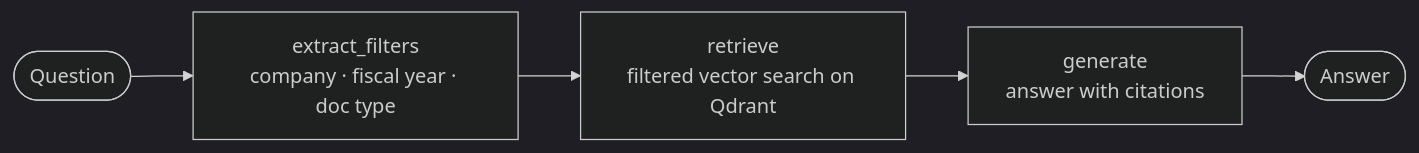
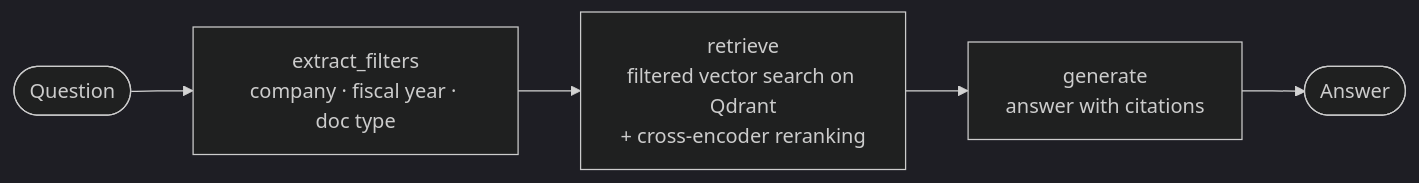
One commit to 33Domenico/financial_agentic_rag changed the diagram in README.md. Above: the diagram before and after it, drawn with Mermaid (dark theme). The commit also changed other lines of this file and 12 other files, not shown here.

````diff
--- a/README.md
+++ b/README.md
@@ -19,7 +19,7 @@
 ```mermaid
 flowchart LR
     Q([Question]) --> F[extract_filters<br/>company · fiscal year · doc type]
-    F --> R[retrieve<br/>filtered vector search on Qdrant]
+    F --> R[retrieve<br/>filtered vector search on Qdrant<br/>+ cross-encoder reranking]
     R --> G[generate<br/>answer with citations]
     G --> A([Answer])
 ```
````
